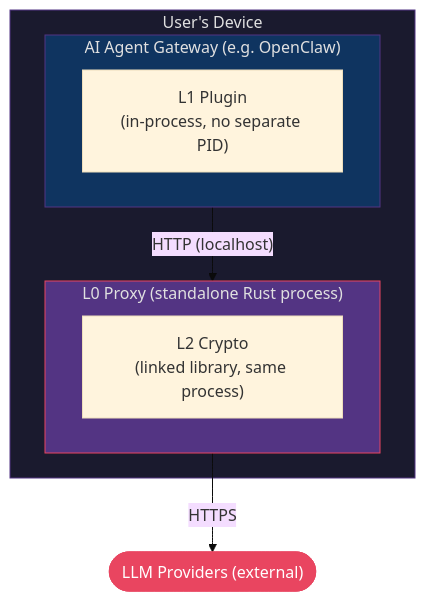
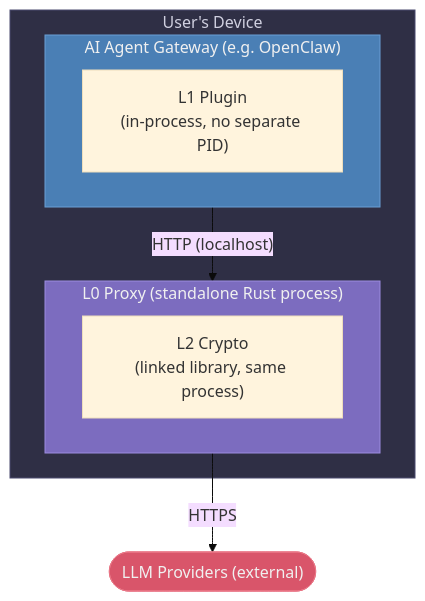
Before and after one commit to OpenObscure/OpenObscure: the first of 15 diagrams in ARCHITECTURE.md, drawn with Mermaid (base theme). The commit also changed other lines of this file and 7 other files, not shown here.

First line of the commit message:
Improve diagrams, screenshot, and repo hygiene

````diff
--- a/ARCHITECTURE.md
+++ b/ARCHITECTURE.md
@@ -20,18 +20,18 @@
 ```mermaid
 flowchart TB
     subgraph device ["User's Device"]
         subgraph gateway ["AI Agent Gateway (e.g. OpenClaw)"]
-            L1["L1 Plugin\n(in-process, no separate PID)"]
+            L1["L1 Plugin<br>(in-process, no separate PID)"]
         end
         subgraph l0proc ["L0 Proxy (standalone Rust process)"]
-            L2["L2 Crypto\n(linked library, same process)"]
+            L2["L2 Crypto<br>(linked library, same process)"]
         end
         gateway -- "HTTP (localhost)" --> l0proc
     end
     l0proc -- "HTTPS" --> llm(["LLM Providers (external)"])
 
-    style device fill:#1a1a2e,stroke:#533483,color:#e0e0e0
-    style gateway fill:#0f3460,stroke:#533483,color:#e0e0e0
-    style l0proc fill:#533483,stroke:#e94560,color:#e0e0e0
-    style llm fill:#e94560,stroke:#e94560,color:#fff
+    style device fill:#2f2f45,stroke:#4a4a6e,color:#d0d0e0
+    style gateway fill:#4a7fb5,stroke:#6a9fd5,color:#f0f0f0
+    style l0proc fill:#7c6cbf,stroke:#9c8cdf,color:#f0f0f0
+    style llm fill:#d9556a,stroke:#e97585,color:#f0f0f0
 ```
````
